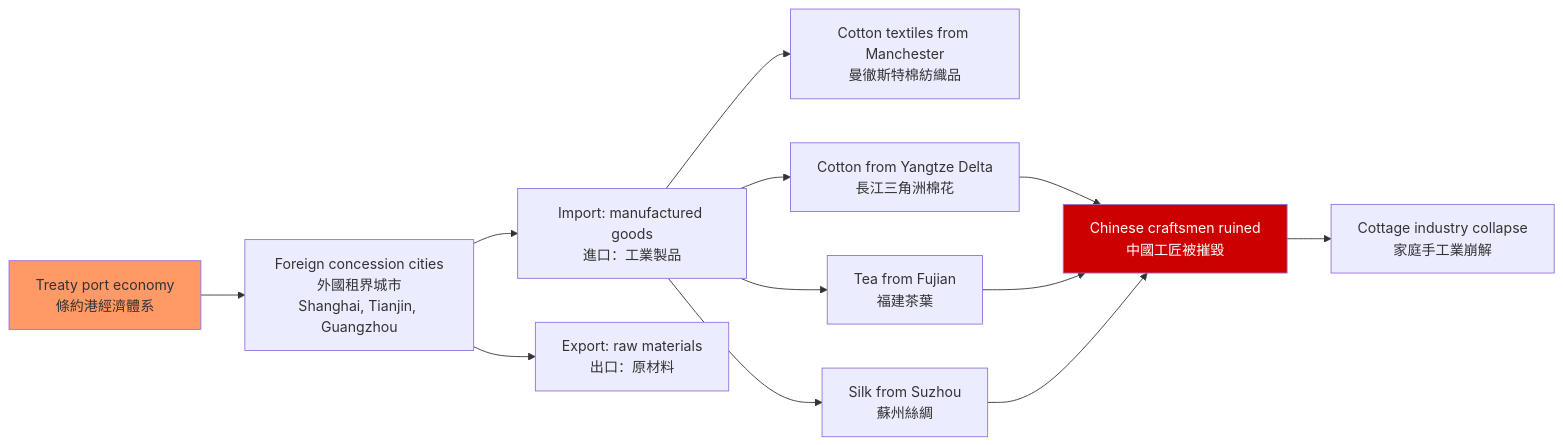
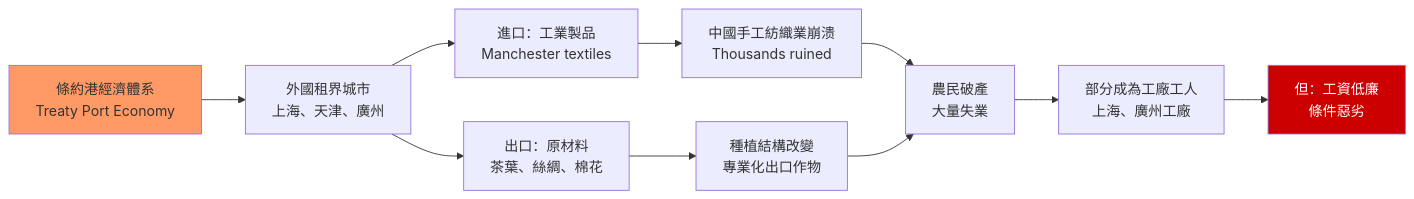
Before and after one commit to yip-lgtm/HKU-Harvard-History-Self-Study: the second of 10 diagrams in 01_HKU_Courses/HIST2177_Economic_History_Modern_China.md, drawn with Mermaid. The commit also changed other lines of this file and 22 other files, not shown here.

````diff
--- a/01_HKU_Courses/HIST2177_Economic_History_Modern_China.md
+++ b/01_HKU_Courses/HIST2177_Economic_History_Modern_China.md
@@ -99,20 +230,16 @@
 ```mermaid
 graph LR
-    A[Treaty port economy<br/>條約港經濟體系] --> B[Foreign concession cities<br/>外國租界城市<br/>Shanghai, Tianjin, Guangzhou]
-    B --> C[Import: manufactured goods<br/>進口：工業製品]
-    B --> D[Export: raw materials<br/>出口：原材料]
+    A[條約港經濟體系<br/>Treaty Port Economy] --> B[外國租界城市<br/>上海、天津、廣州]
+    B --> C[進口：工業製品<br/>Manchester textiles]
+    B --> D[出口：原材料<br/>茶葉、絲綢、棉花]
     
-    C --> C1[Cotton textiles from Manchester<br/>曼徹斯特棉紡織品]
-    C --> D1[Cotton from Yangtze Delta<br/>長江三角洲棉花]
-    C --> D2[Tea from Fujian<br/>福建茶葉]
-    C --> D3[Silk from Suzhou<br/>蘇州絲綢]
+    C --> C1[中國手工紡織業崩溃<br/>Thousands ruined]
+    D --> D1[種植結構改變<br/>專業化出口作物]
+    C1 & D1 --> E[農民破產<br/>大量失業]
     
-    D1 --> E[Chinese craftsmen ruined<br/>中國工匠被摧毀]
-    D2 --> E
-    D3 --> E
-    
-    E --> F[Cottage industry collapse<br/>家庭手工業崩解]
+    E --> F[部分成為工廠工人<br/>上海、廣州工廠]
+    F --> G[但：工資低廉<br/>條件惡劣]
     
     style A fill:#f96
-    style E fill:#c00,color:#fff
+    style G fill:#c00,color:#fff
 ```
````
